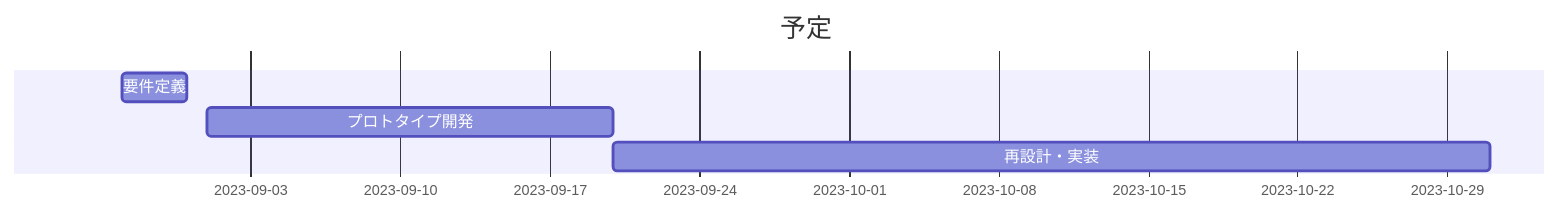
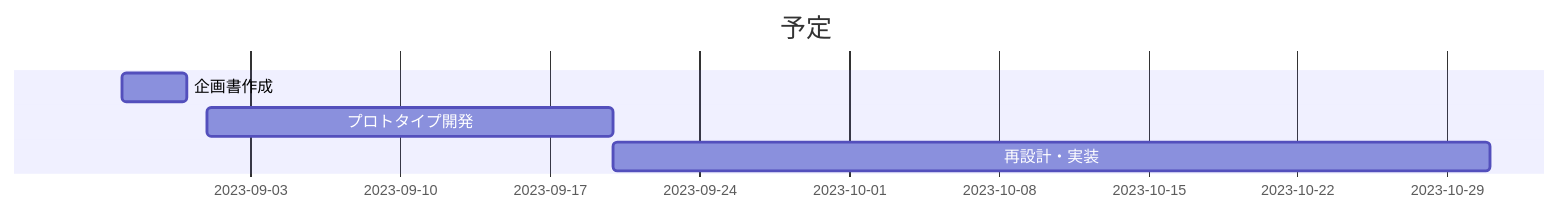
The diagram in sheatl/proposal.md (yokoyamakikaku/job-hunt-2023), drawn with Mermaid before and after one commit. The commit also changed 2 other files, not shown here.

Commit message:
主となる企画の無駄な箇所を削除

````diff
--- a/sheatl/proposal.md
+++ b/sheatl/proposal.md
@@ -47,8 +47,8 @@
 ```mermaid
 gantt
     title 予定
     dateFormat YYYY-MM-DD
-    要件定義        :a1, 2023-08-28, 2023-08-31
-    プロトタイプ開発 :b1, 2023-09-01, 2023-09-20
-    再設計・実装     :b2, after b1, 2023-10-31
+    企画書作成: a1, 2023-08-28, 2023-08-31
+    プロトタイプ開発: b1, 2023-09-01, 2023-09-20
+    再設計・実装: b2, after b1, 2023-10-31
 ```
````
